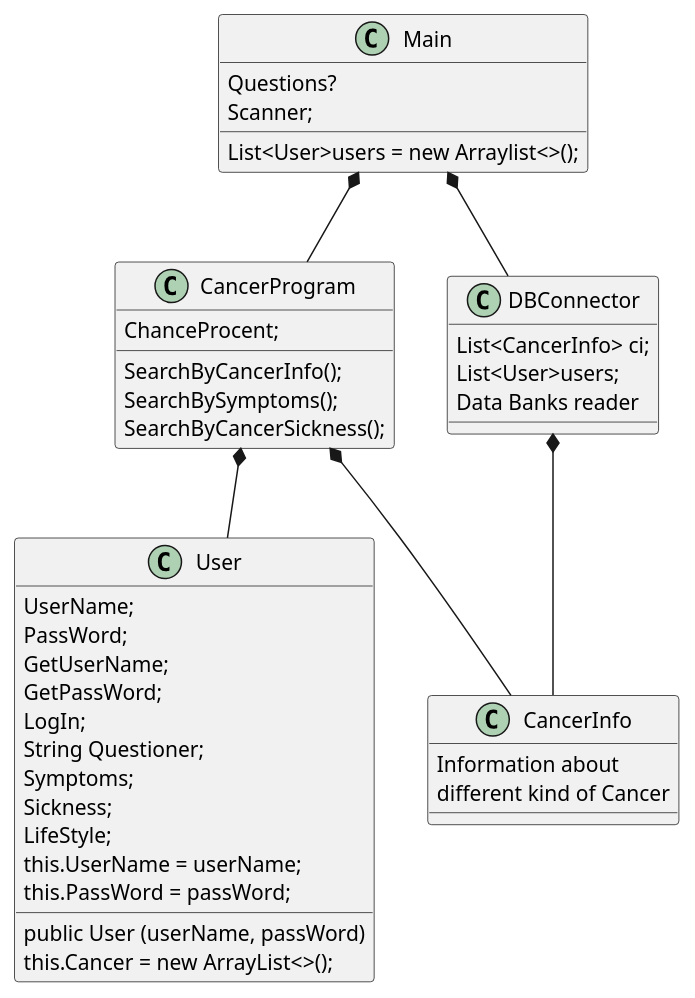
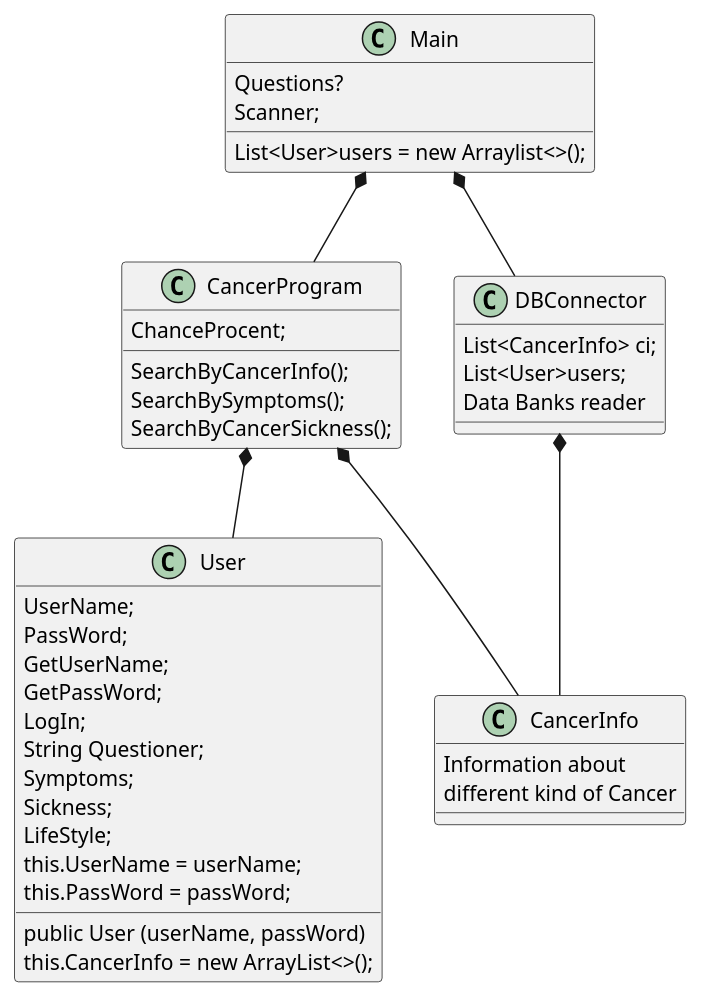
One commit to Fjumre/ICE-Gruppe-F changed the diagram in src/ICE Gruppe F.puml. Above: the diagram before and after it, drawn with PlantUML.

Commit message:
Update ICE Gruppe F.puml

```diff
--- a/src/ICE Gruppe F.puml
+++ b/src/ICE Gruppe F.puml
@@ -1,54 +1,54 @@
 @startuml
 'https://plantuml.com/sequence-diagram
 
 
 
 Class Main{
 Questions?
 Scanner;
 List<User>users = new Arraylist<>();
 }
 
 Class CancerProgram{
 ChanceProcent;
 SearchByCancerInfo();
 SearchBySymptoms();
 SearchByCancerSickness();
 }
 
 Class User{
 UserName;
 PassWord;
 GetUserName;
 GetPassWord;
 LogIn;
 String Questioner;
 Symptoms;
 Sickness;
 LifeStyle;
 public User (userName, passWord)
 this.UserName = userName;
 this.PassWord = passWord;
-this.Cancer = new ArrayList<>();
+this.CancerInfo = new ArrayList<>();
 }
 
 
 Class CancerInfo{
 
 Information about
 different kind of Cancer
 }
 
 Class DBConnector{
 List<CancerInfo> ci;
 List<User>users;
 Data Banks reader
 }
 
 Main *-- DBConnector
 Main *-- CancerProgram
 CancerProgram *-- User
 DBConnector *-- CancerInfo
 CancerProgram *-- CancerInfo
 
 @enduml
```
